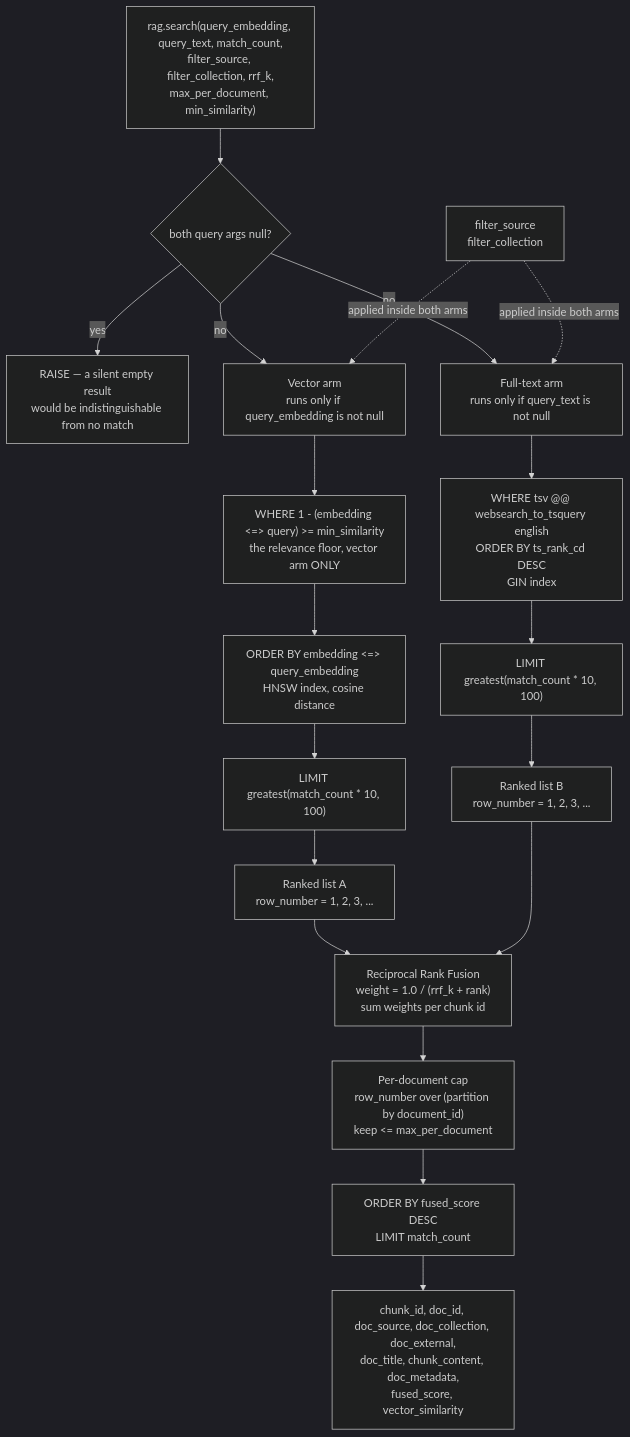
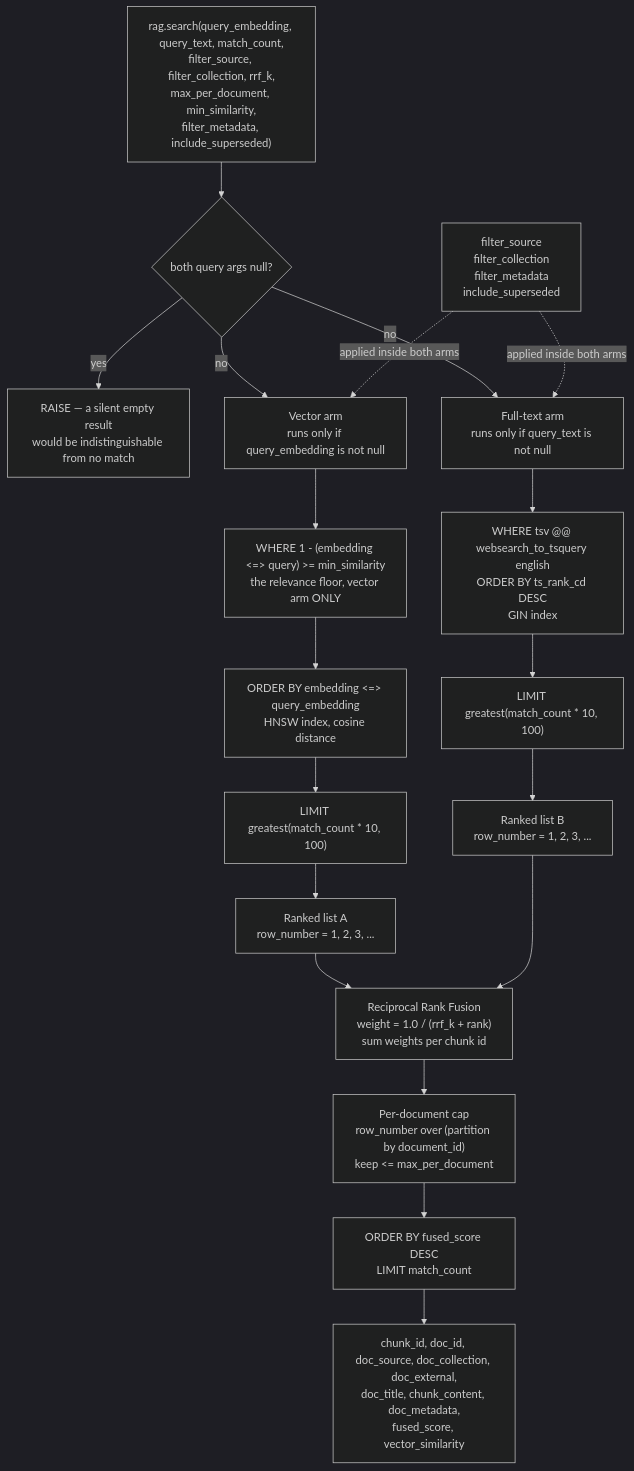
One commit to emstacho-su/agentic-harness changed the diagram in docs/retrieval.md. Above: the diagram before and after it, drawn with Mermaid (dark theme). The commit also changed other lines of this file and 3 other files, not shown here.

````diff
--- a/docs/retrieval.md
+++ b/docs/retrieval.md
@@ -38,32 +39,32 @@
 ```mermaid
 flowchart TD
-    Q["rag.search(query_embedding, query_text, match_count,<br/>filter_source, filter_collection, rrf_k,<br/>max_per_document, min_similarity)"]
+    Q["rag.search(query_embedding, query_text, match_count,<br/>filter_source, filter_collection, rrf_k,<br/>max_per_document, min_similarity,<br/>filter_metadata, include_superseded)"]
 
     Q --> G{"both query args null?"}
     G -->|"yes"| X["RAISE — a silent empty result<br/>would be indistinguishable from no match"]
     G -->|"no"| A1
     G -->|"no"| A2
 
     A1["Vector arm<br/>runs only if query_embedding is not null"]
     A2["Full-text arm<br/>runs only if query_text is not null"]
 
     A1 --> V0["WHERE 1 - (embedding &lt;=&gt; query) &gt;= min_similarity<br/>the relevance floor, vector arm ONLY"]
     V0 --> V1["ORDER BY embedding &lt;=&gt; query_embedding<br/>HNSW index, cosine distance"]
     A2 --> T1["WHERE tsv @@ websearch_to_tsquery english<br/>ORDER BY ts_rank_cd DESC<br/>GIN index"]
 
     V1 --> V2["LIMIT greatest(match_count * 10, 100)"]
     T1 --> T2["LIMIT greatest(match_count * 10, 100)"]
 
     V2 --> VR["Ranked list A<br/>row_number = 1, 2, 3, ..."]
     T2 --> TR["Ranked list B<br/>row_number = 1, 2, 3, ..."]
 
     VR --> F["Reciprocal Rank Fusion<br/>weight = 1.0 / (rrf_k + rank)<br/>sum weights per chunk id"]
     TR --> F
 
     F --> C["Per-document cap<br/>row_number over (partition by document_id)<br/>keep &lt;= max_per_document"]
     C --> O["ORDER BY fused_score DESC<br/>LIMIT match_count"]
     O --> R["chunk_id, doc_id, doc_source, doc_collection, doc_external,<br/>doc_title, chunk_content, doc_metadata,<br/>fused_score, vector_similarity"]
 
-    FS["filter_source<br/>filter_collection"] -.->|"applied inside both arms"| A1
+    FS["filter_source<br/>filter_collection<br/>filter_metadata<br/>include_superseded"] -.->|"applied inside both arms"| A1
     FS -.->|"applied inside both arms"| A2
 ```
````
